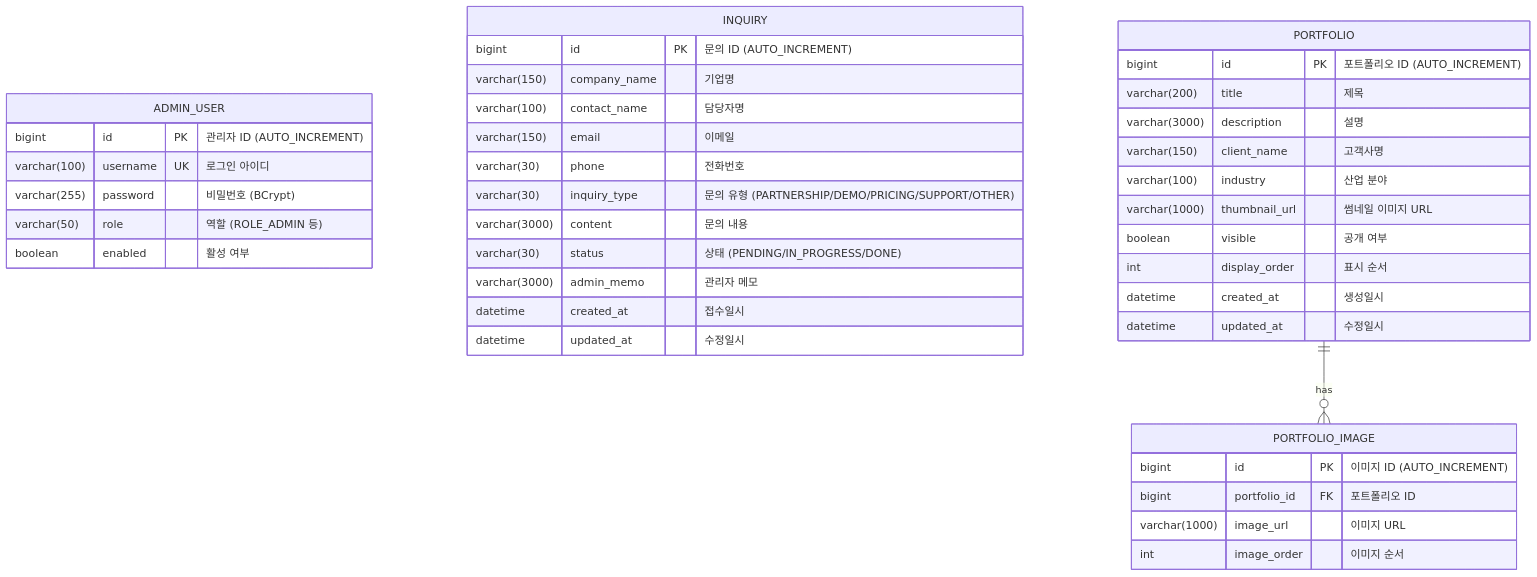
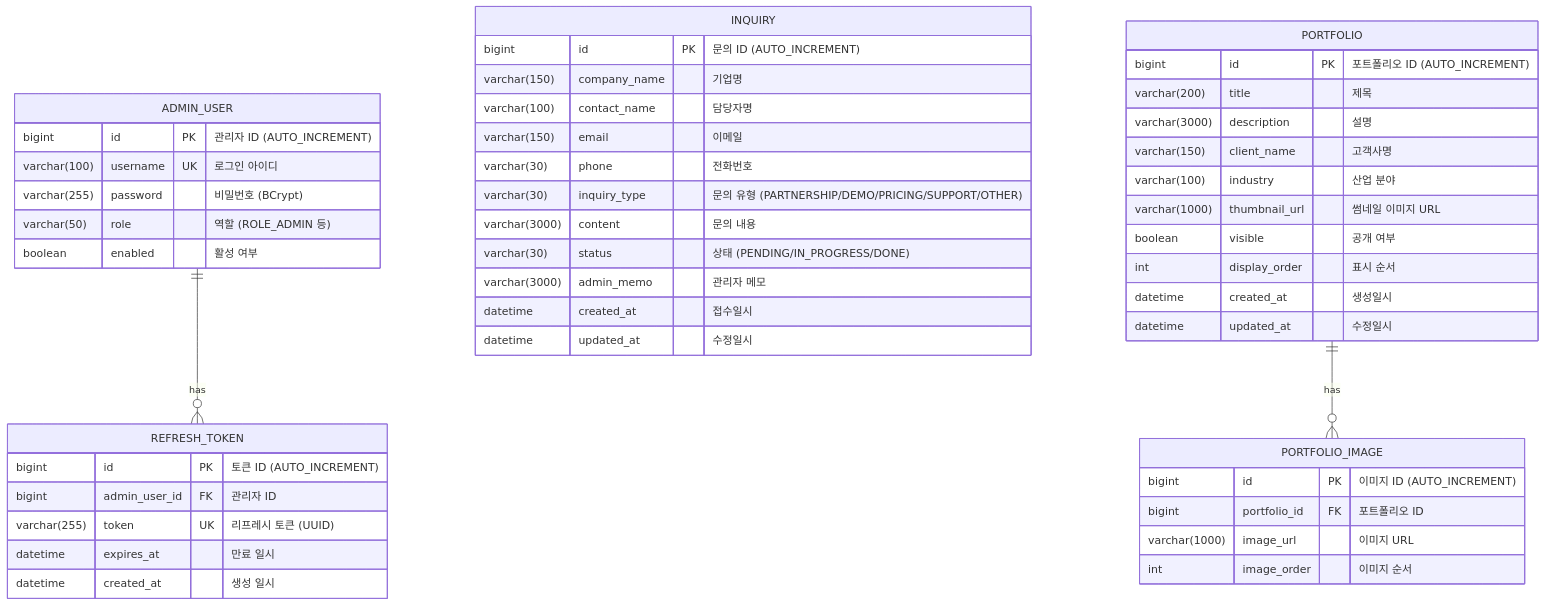
The diagram in README.md (20251029-hanhwa-swcamp-22th/be22-4st-team2-project), drawn with Mermaid before and after one commit. The commit also changed other lines of this file and 54 other files, not shown here.

````diff
--- a/README.md
+++ b/README.md
@@ -53,46 +68,56 @@
 ```mermaid
 erDiagram
     ADMIN_USER {
         bigint id PK "관리자 ID (AUTO_INCREMENT)"
         varchar(100) username UK "로그인 아이디"
         varchar(255) password "비밀번호 (BCrypt)"
         varchar(50) role "역할 (ROLE_ADMIN 등)"
         boolean enabled "활성 여부"
     }
+
+    REFRESH_TOKEN {
+        bigint id PK "토큰 ID (AUTO_INCREMENT)"
+        bigint admin_user_id FK "관리자 ID"
+        varchar(255) token UK "리프레시 토큰 (UUID)"
+        datetime expires_at "만료 일시"
+        datetime created_at "생성 일시"
+    }
+
+    ADMIN_USER ||--o{ REFRESH_TOKEN : "has"
 
     INQUIRY {
         bigint id PK "문의 ID (AUTO_INCREMENT)"
         varchar(150) company_name "기업명"
         varchar(100) contact_name "담당자명"
         varchar(150) email "이메일"
         varchar(30) phone "전화번호"
         varchar(30) inquiry_type "문의 유형 (PARTNERSHIP/DEMO/PRICING/SUPPORT/OTHER)"
         varchar(3000) content "문의 내용"
         varchar(30) status "상태 (PENDING/IN_PROGRESS/DONE)"
         varchar(3000) admin_memo "관리자 메모"
         datetime created_at "접수일시"
         datetime updated_at "수정일시"
     }
 
     PORTFOLIO {
         bigint id PK "포트폴리오 ID (AUTO_INCREMENT)"
         varchar(200) title "제목"
         varchar(3000) description "설명"
         varchar(150) client_name "고객사명"
         varchar(100) industry "산업 분야"
         varchar(1000) thumbnail_url "썸네일 이미지 URL"
         boolean visible "공개 여부"
         int display_order "표시 순서"
         datetime created_at "생성일시"
         datetime updated_at "수정일시"
     }
 
     PORTFOLIO_IMAGE {
         bigint id PK "이미지 ID (AUTO_INCREMENT)"
         bigint portfolio_id FK "포트폴리오 ID"
         varchar(1000) image_url "이미지 URL"
         int image_order "이미지 순서"
     }
 
     PORTFOLIO ||--o{ PORTFOLIO_IMAGE : "has"
 ```
````
